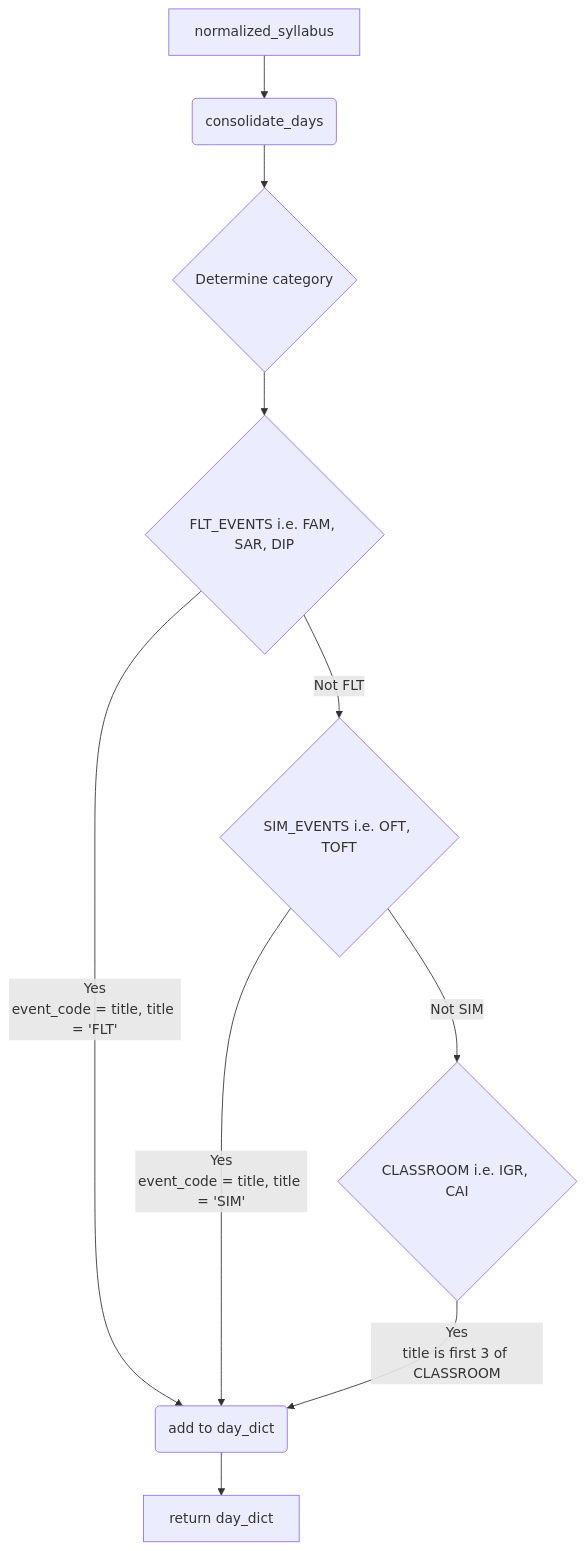
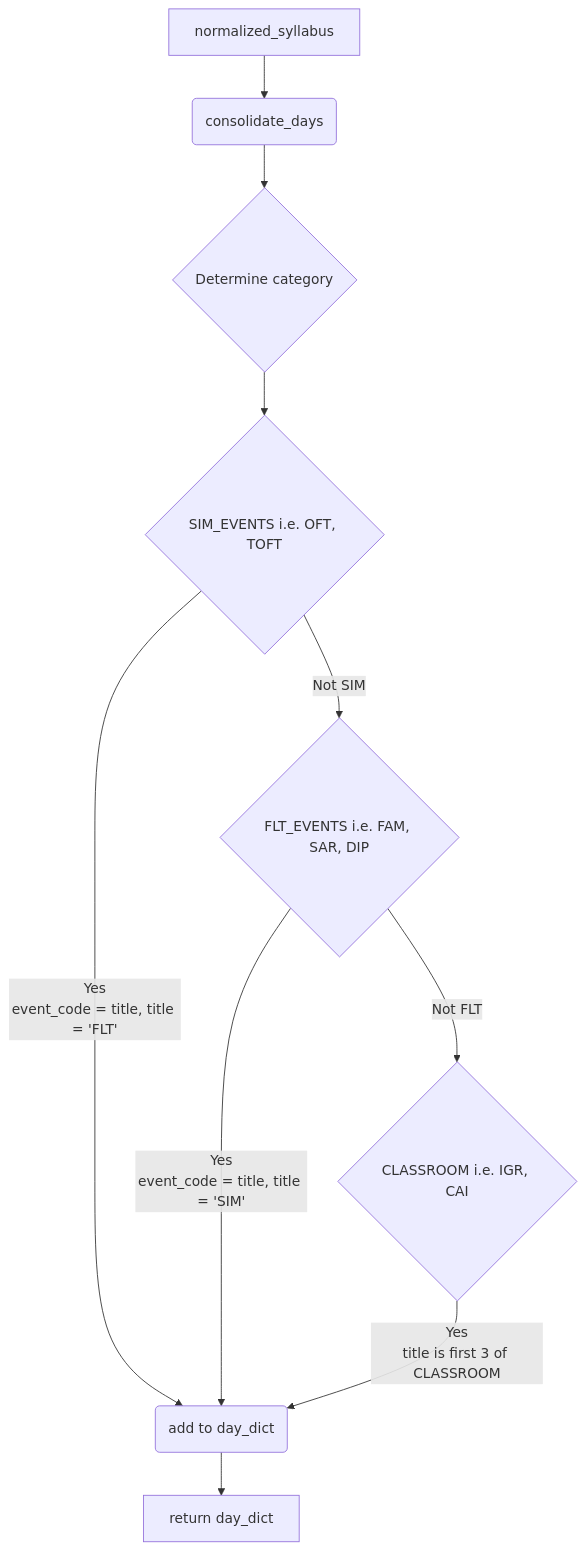
The diagram in README.md (bnjnrthrp/CS5001-Final-Project), drawn with Mermaid before and after one commit. The commit also changed other lines of this file, not shown here.

Commit message:
Minor corrections

````diff
--- a/README.md
+++ b/README.md
@@ -245,12 +243,12 @@
 ``` mermaid
 flowchart TD
     A[normalized_syllabus] --> B(consolidate_days)
     B --> C{Determine category}
-    C --> D{FLT_EVENTS i.e. FAM, SAR, DIP}
-    D --> |Not FLT|E{SIM_EVENTS i.e. OFT, TOFT}
-    E --> |Not SIM|F{CLASSROOM i.e. IGR, CAI}
+    C --> D{SIM_EVENTS i.e. OFT, TOFT}
+    D --> |Not SIM|E{FLT_EVENTS i.e. FAM, SAR, DIP}
+    E --> |Not FLT|F{CLASSROOM i.e. IGR, CAI}
     D -->|Yes\nevent_code = title, title = 'FLT'| G(add to day_dict)
     E -->|Yes\nevent_code = title, title = 'SIM'| G(add to day_dict)
     F -->|Yes\ntitle is first 3 of CLASSROOM| G(add to day_dict)
     G -->H[return day_dict]
 ```
````
